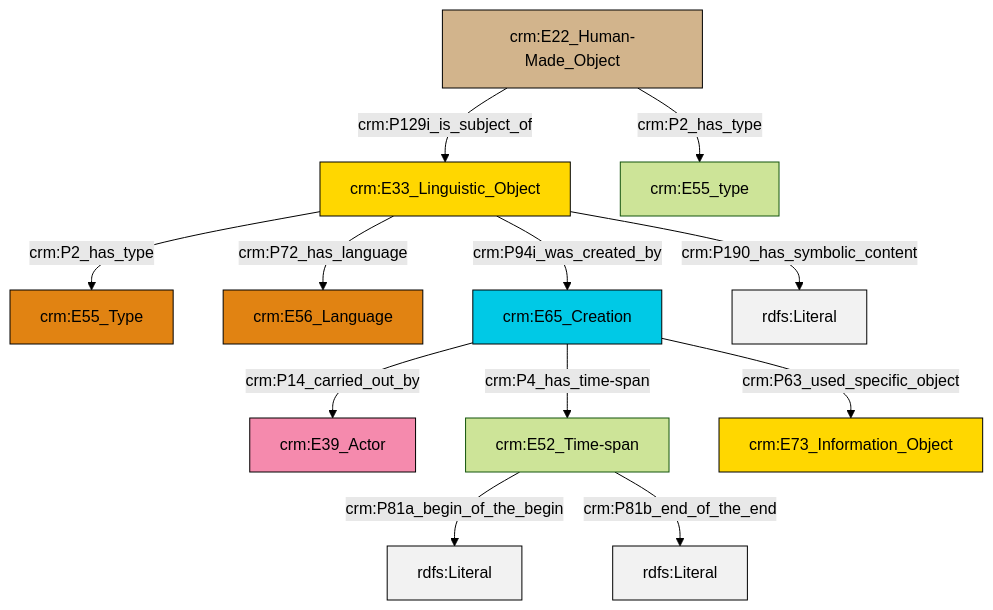
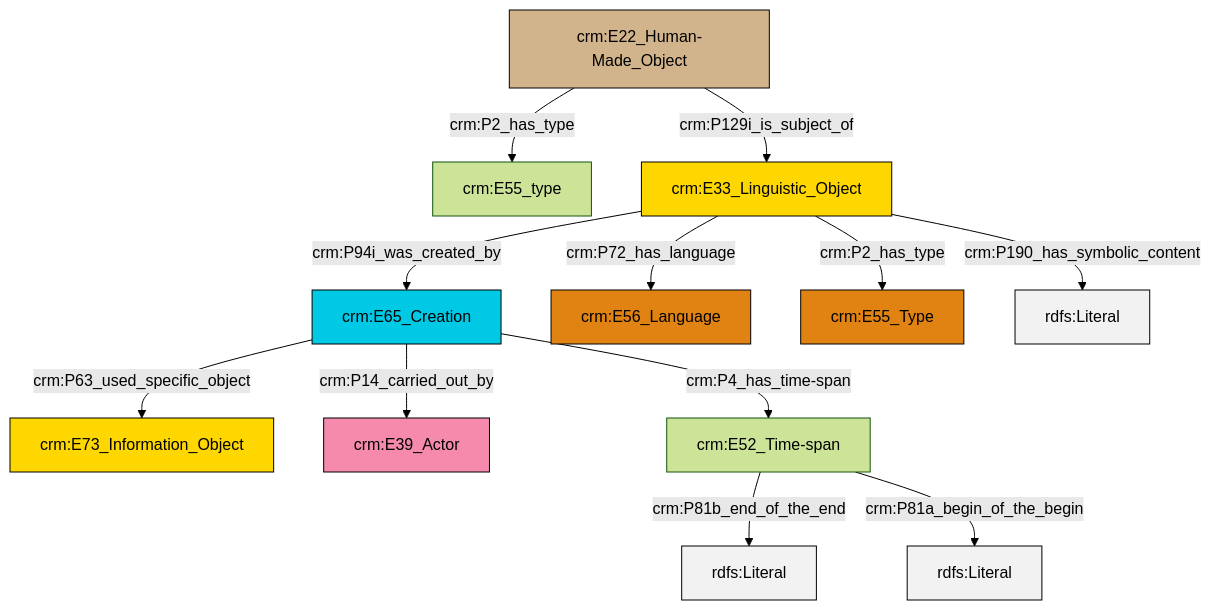
One commit to swiss-art-research-net/reference-data-models changed the diagram in et/artworkCSV/ttl/mmd/Artwork_Description.ttl.mmd. Above: the diagram before and after it, drawn with Mermaid (forest theme). The commit also changed 130 other files, not shown here.

```diff
--- a/et/artworkCSV/ttl/mmd/Artwork_Description.ttl.mmd
+++ b/et/artworkCSV/ttl/mmd/Artwork_Description.ttl.mmd
@@ -1,26 +1,26 @@
 graph TD
 classDef Literal fill:#f2f2f2,stroke:#000000;
 classDef CRM_Entity fill:#FFFFFF,stroke:#000000;
 classDef Temporal_Entity fill:#00C9E6, stroke:#000000;
 classDef Type fill:#E18312, stroke:#000000;
 classDef Time-Span fill:#2C9C91, stroke:#000000;
 classDef Appellation fill:#FFEB7F, stroke:#000000;
 classDef Place fill:#008836, stroke:#000000;
 classDef Persistent_Item fill:#B266B2, stroke:#000000;
 classDef Conceptual_Object fill:#FFD700, stroke:#000000;
 classDef Physical_Thing fill:#D2B48C, stroke:#000000;
 classDef Actor fill:#f58aad, stroke:#000000;
 classDef PC_Classes fill:#4ce600, stroke:#000000;
 classDef Multi fill:#cccccc,stroke:#000000;
 
-0["crm:E33_Linguistic_Object"]:::Conceptual_Object -->|crm:P2_has_type| 1["crm:E55_Type"]:::Type
-4["crm:E65_Creation"]:::Temporal_Entity -->|crm:P14_carried_out_by| 6["crm:E39_Actor"]:::Actor
-0["crm:E33_Linguistic_Object"]:::Conceptual_Object -->|crm:P94i_was_created_by| 4["crm:E65_Creation"]:::Temporal_Entity
-0["crm:E33_Linguistic_Object"]:::Conceptual_Object -->|crm:P72_has_language| 2["crm:E56_Language"]:::Type
-7["crm:E52_Time-span"]:::Default -->|crm:P81a_begin_of_the_begin| 9[rdfs:Literal]:::Literal
-7["crm:E52_Time-span"]:::Default -->|crm:P81b_end_of_the_end| 10[rdfs:Literal]:::Literal
-4["crm:E65_Creation"]:::Temporal_Entity -->|crm:P63_used_specific_object| 12["crm:E73_Information_Object"]:::Conceptual_Object
-4["crm:E65_Creation"]:::Temporal_Entity -->|crm:P4_has_time-span| 7["crm:E52_Time-span"]:::Default
-0["crm:E33_Linguistic_Object"]:::Conceptual_Object -->|crm:P190_has_symbolic_content| 16[rdfs:Literal]:::Literal
-19["crm:E22_Human-Made_Object"]:::Physical_Thing -->|crm:P2_has_type| 14["crm:E55_type"]:::Default
-19["crm:E22_Human-Made_Object"]:::Physical_Thing -->|crm:P129i_is_subject_of| 0["crm:E33_Linguistic_Object"]:::Conceptual_Object
+4["crm:E65_Creation"]:::Temporal_Entity -->|crm:P14_carried_out_by| 5["crm:E39_Actor"]:::Actor
+4["crm:E65_Creation"]:::Temporal_Entity -->|crm:P4_has_time-span| 8["crm:E52_Time-span"]:::Default
+9["crm:E33_Linguistic_Object"]:::Conceptual_Object -->|crm:P2_has_type| 10["crm:E55_Type"]:::Type
+9["crm:E33_Linguistic_Object"]:::Conceptual_Object -->|crm:P94i_was_created_by| 4["crm:E65_Creation"]:::Temporal_Entity
+11["crm:E22_Human-Made_Object"]:::Physical_Thing -->|crm:P2_has_type| 2["crm:E55_type"]:::Default
+8["crm:E52_Time-span"]:::Default -->|crm:P81b_end_of_the_end| 13[rdfs:Literal]:::Literal
+8["crm:E52_Time-span"]:::Default -->|crm:P81a_begin_of_the_begin| 15[rdfs:Literal]:::Literal
+9["crm:E33_Linguistic_Object"]:::Conceptual_Object -->|crm:P72_has_language| 6["crm:E56_Language"]:::Type
+4["crm:E65_Creation"]:::Temporal_Entity -->|crm:P63_used_specific_object| 0["crm:E73_Information_Object"]:::Conceptual_Object
+9["crm:E33_Linguistic_Object"]:::Conceptual_Object -->|crm:P190_has_symbolic_content| 17[rdfs:Literal]:::Literal
+11["crm:E22_Human-Made_Object"]:::Physical_Thing -->|crm:P129i_is_subject_of| 9["crm:E33_Linguistic_Object"]:::Conceptual_Object
```
